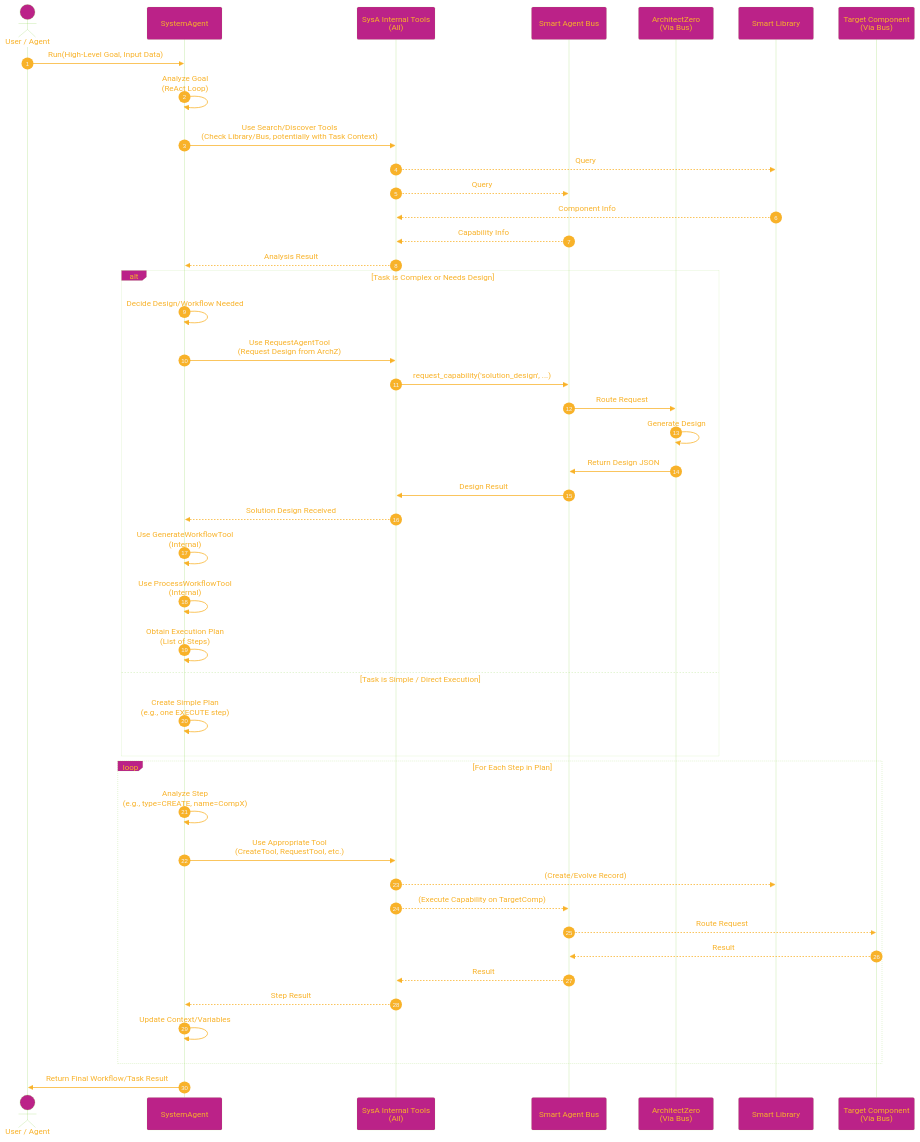
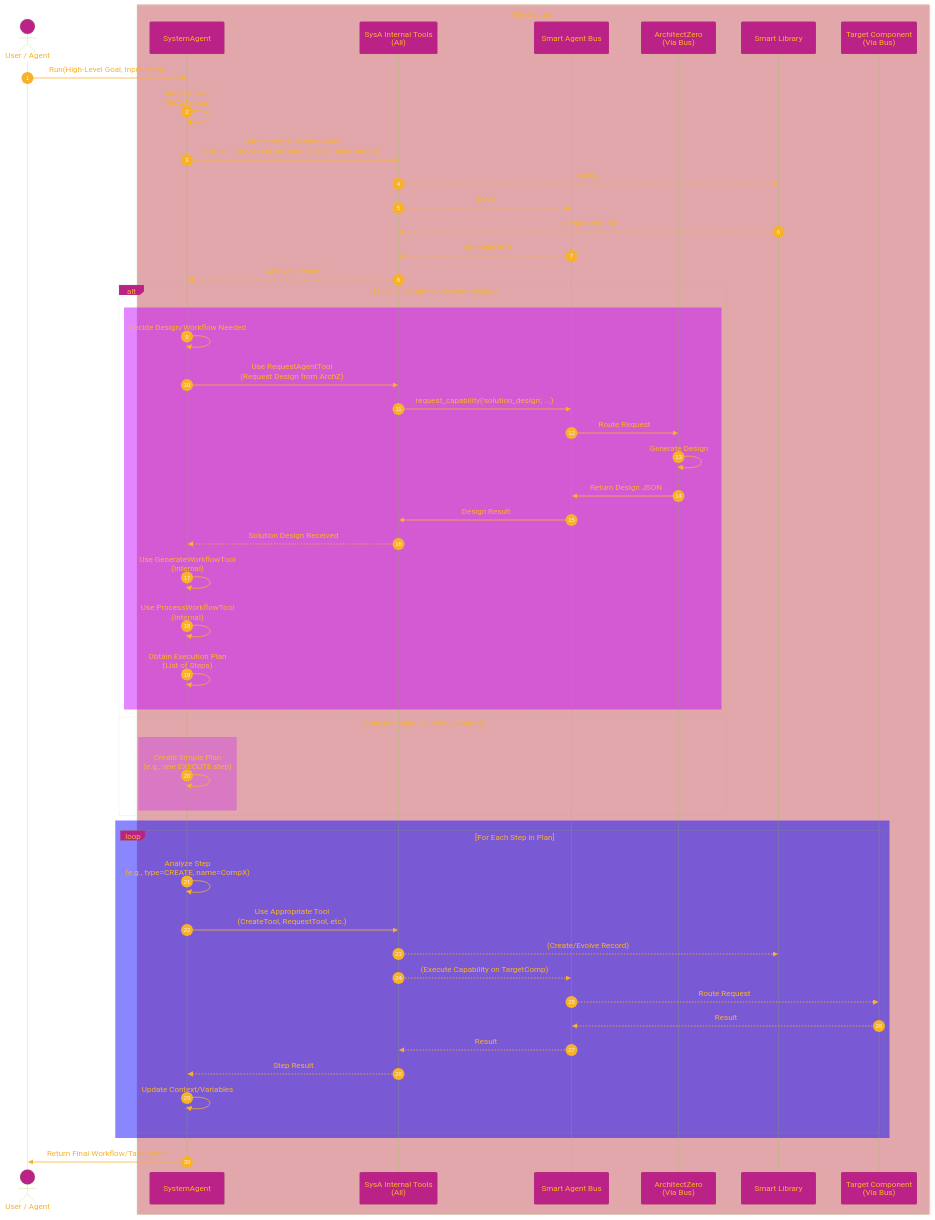
One commit to CongLeSolutionX/matiasmolinas_evolving-agents changed the seventh of 8 diagrams in docs/ARCHITECTURE.md. Above: the diagram before and after it, drawn with Mermaid.

Commit message:
update code

```diff
--- a/docs/ARCHITECTURE.md
+++ b/docs/ARCHITECTURE.md
@@ -460,12 +460,15 @@
     autonumber
 
     actor Caller as User / Agent
-    participant SysA as SystemAgent
-    participant InternalTools as SysA Internal Tools<br/>(All)
-    participant AgentBus as Smart Agent Bus
-    participant ArchZ as ArchitectZero<br/>(Via Bus)
-    participant Library as Smart Library
-    participant TargetComp as Target Component<br/>(Via Bus)
+
+    box rgb(202, 12, 22, 0.3) The System
+        participant SysA as SystemAgent
+        participant InternalTools as SysA Internal Tools<br/>(All)
+        participant AgentBus as Smart Agent Bus
+        participant ArchZ as ArchitectZero<br/>(Via Bus)
+        participant Library as Smart Library
+        participant TargetComp as Target Component<br/>(Via Bus)
+    end
 
     Caller->>SysA: Run(High-Level Goal, Input Data)
 
@@ -478,32 +481,38 @@
     InternalTools-->>SysA: Analysis Result
 
     alt Task is Complex or Needs Design
-        SysA->>SysA: Decide Design/Workflow Needed
-        SysA->>InternalTools: Use RequestAgentTool<br/>(Request Design from ArchZ)
-        InternalTools->>AgentBus: request_capability('solution_design', ...)
-        AgentBus->>ArchZ: Route Request
-        ArchZ->>ArchZ: Generate Design
-        ArchZ->>AgentBus: Return Design JSON
-        AgentBus->>InternalTools: Design Result
-        InternalTools-->>SysA: Solution Design Received
+        rect rgb(200, 15, 255, 0.5)
+            SysA->>SysA: Decide Design/Workflow Needed
+            SysA->>InternalTools: Use RequestAgentTool<br/>(Request Design from ArchZ)
+            InternalTools->>AgentBus: request_capability('solution_design', ...)
+            AgentBus->>ArchZ: Route Request
+            ArchZ->>ArchZ: Generate Design
+            ArchZ->>AgentBus: Return Design JSON
+            AgentBus->>InternalTools: Design Result
+            InternalTools-->>SysA: Solution Design Received
 
-        SysA->>SysA: Use GenerateWorkflowTool<br/>(Internal)
-        SysA->>SysA: Use ProcessWorkflowTool<br/>(Internal)
-        SysA->>SysA: Obtain Execution Plan<br/>(List of Steps)
+            SysA->>SysA: Use GenerateWorkflowTool<br/>(Internal)
+            SysA->>SysA: Use ProcessWorkflowTool<br/>(Internal)
+            SysA->>SysA: Obtain Execution Plan<br/>(List of Steps)
+        end
     else Task is Simple / Direct Execution
-        SysA->>SysA: Create Simple Plan<br/>(e.g., one EXECUTE step)
+        rect rgb(200, 15, 255, 0.3)
+            SysA->>SysA: Create Simple Plan<br/>(e.g., one EXECUTE step)
+        end
     end
 
-    loop For Each Step in Plan
-        SysA->>SysA: Analyze Step<br/>(e.g., type=CREATE, name=CompX)
-        SysA->>InternalTools: Use Appropriate Tool<br/>(CreateTool, RequestTool, etc.)
-        InternalTools-->>Library: (Create/Evolve Record)
-        InternalTools-->>AgentBus: (Execute Capability on TargetComp)
-        AgentBus-->>TargetComp: Route Request
-        TargetComp-->>AgentBus: Result
-        AgentBus-->>InternalTools: Result
-        InternalTools-->>SysA: Step Result
-        SysA->>SysA: Update Context/Variables
+    rect rgb(20, 15, 255, 0.5)
+        loop For Each Step in Plan
+            SysA->>SysA: Analyze Step<br/>(e.g., type=CREATE, name=CompX)
+            SysA->>InternalTools: Use Appropriate Tool<br/>(CreateTool, RequestTool, etc.)
+            InternalTools-->>Library: (Create/Evolve Record)
+            InternalTools-->>AgentBus: (Execute Capability on TargetComp)
+            AgentBus-->>TargetComp: Route Request
+            TargetComp-->>AgentBus: Result
+            AgentBus-->>InternalTools: Result
+            InternalTools-->>SysA: Step Result
+            SysA->>SysA: Update Context/Variables
+        end
     end
 
     SysA->>Caller: Return Final Workflow/Task Result
```
